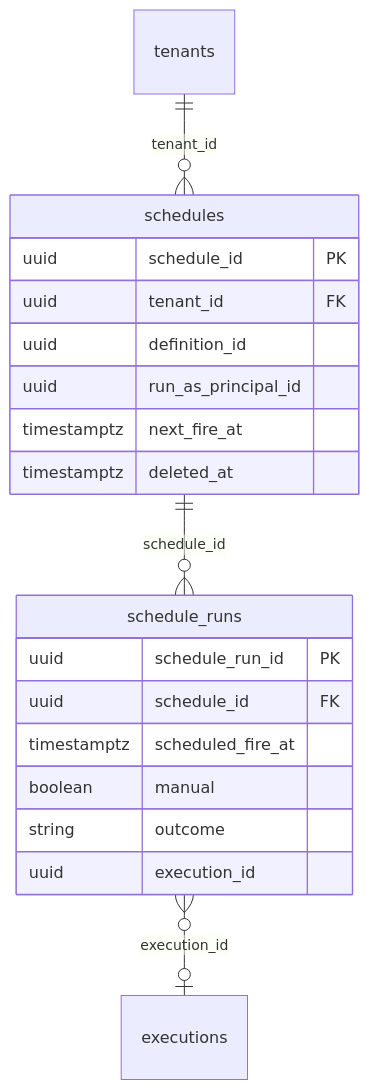
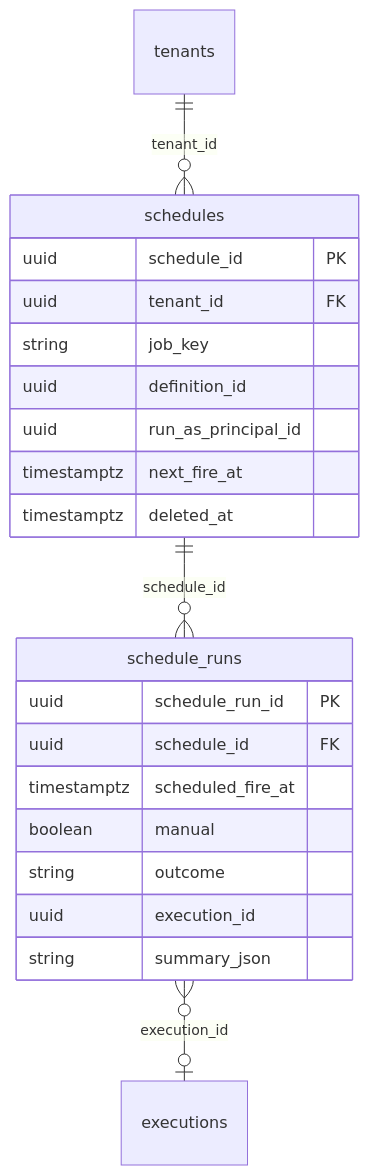
One commit to statevia/statevia changed the fifth of 5 diagrams in docs/reference/database-schema.md. Above: the diagram before and after it, drawn with Mermaid. The commit also changed other lines of this file and 34 other files, not shown here.

````diff
--- a/docs/reference/database-schema.md
+++ b/docs/reference/database-schema.md
@@ -1018,24 +1024,26 @@
 ```mermaid
 erDiagram
   tenants ||--o{ schedules : "tenant_id"
   schedules ||--o{ schedule_runs : "schedule_id"
   schedule_runs }o--o| executions : "execution_id"
 
   schedules {
     uuid schedule_id PK
     uuid tenant_id FK
+    string job_key
     uuid definition_id
     uuid run_as_principal_id
     timestamptz next_fire_at
     timestamptz deleted_at
   }
 
   schedule_runs {
     uuid schedule_run_id PK
     uuid schedule_id FK
     timestamptz scheduled_fire_at
     boolean manual
     string outcome
     uuid execution_id
+    string summary_json
   }
 ```
````
